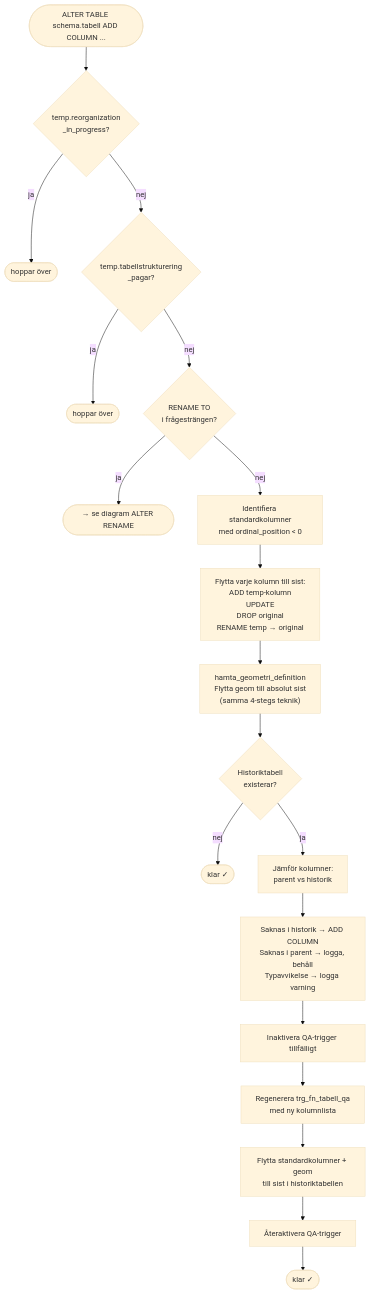
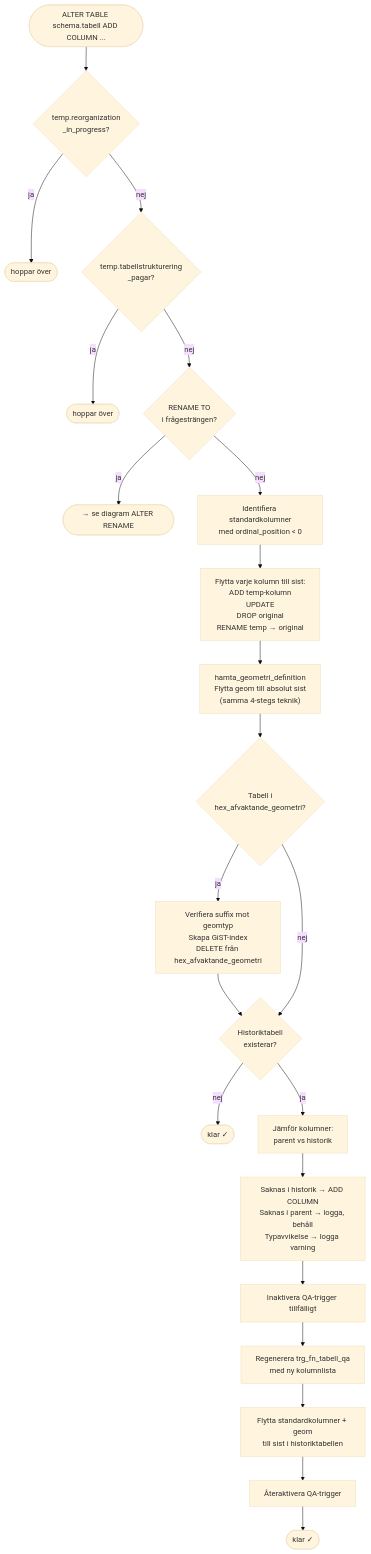
One commit to Geodata-Kungsbacka/Hex changed the fourth of 9 diagrams in LOGIC_MAP.md. Above: the diagram before and after it, drawn with Mermaid (base theme). The commit also changed other lines of this file and 1 other file, not shown here.

First line of the commit message:
docs: document FME two-step flow, hex_systemanvandare and hex_afvaktande_geometri

````diff
--- a/LOGIC_MAP.md
+++ b/LOGIC_MAP.md
@@ -412,24 +456,28 @@
 ```mermaid
 flowchart TD
     START(["ALTER TABLE schema.tabell ADD COLUMN ..."])
     START --> G1{"temp.reorganization<br/>_in_progress?"}
     G1 --> |ja| STOP(["hoppar över"])
     G1 --> |nej| G2{"temp.tabellstrukturering<br/>_pagar?"}
     G2 --> |ja| STOP2(["hoppar över"])
     G2 --> |nej| REN{"RENAME TO<br/>i frågesträngen?"}
     REN --> |ja| RS(["→ se diagram ALTER RENAME"])
     REN --> |nej| IDENT["Identifiera standardkolumner<br/>med ordinal_position < 0"]
 
     IDENT --> MOVE["Flytta varje kolumn till sist:<br/>ADD temp-kolumn<br/>UPDATE<br/>DROP original<br/>RENAME temp → original"]
     MOVE --> GEOM["hamta_geometri_definition<br/>Flytta geom till absolut sist<br/>(samma 4-stegs teknik)"]
 
-    GEOM --> HSYNC{"Historiktabell<br/>existerar?"}
+    GEOM --> AFV{"Tabell i<br/>hex_afvaktande_geometri?"}
+    AFV --> |ja| AFVOK["Verifiera suffix mot geomtyp<br/>Skapa GiST-index<br/>DELETE från hex_afvaktande_geometri"]
+    AFVOK --> HSYNC
+    AFV --> |nej| HSYNC
+    HSYNC{"Historiktabell<br/>existerar?"}
     HSYNC --> |nej| DONE(["klar ✓"])
     HSYNC --> |ja| DIFF["Jämför kolumner:<br/>parent vs historik"]
     DIFF --> ADD["Saknas i historik → ADD COLUMN<br/>Saknas i parent → logga, behåll<br/>Typavvikelse → logga varning"]
     ADD --> DISABLE["Inaktivera QA-trigger tillfälligt"]
     DISABLE --> REGEN["Regenerera trg_fn_tabell_qa<br/>med ny kolumnlista"]
     REGEN --> HMOVE["Flytta standardkolumner + geom<br/>till sist i historiktabellen"]
     HMOVE --> ENABLE["Återaktivera QA-trigger"]
     ENABLE --> DONE2(["klar ✓"])
 ```
````
